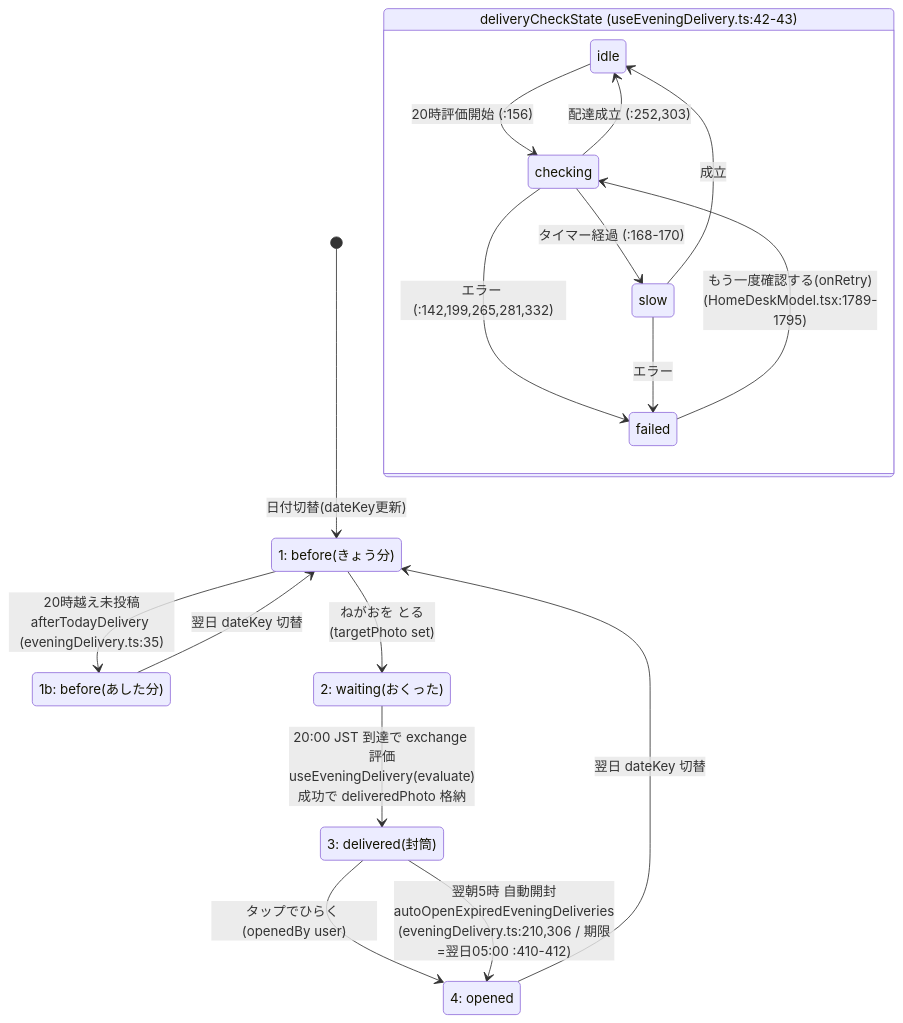
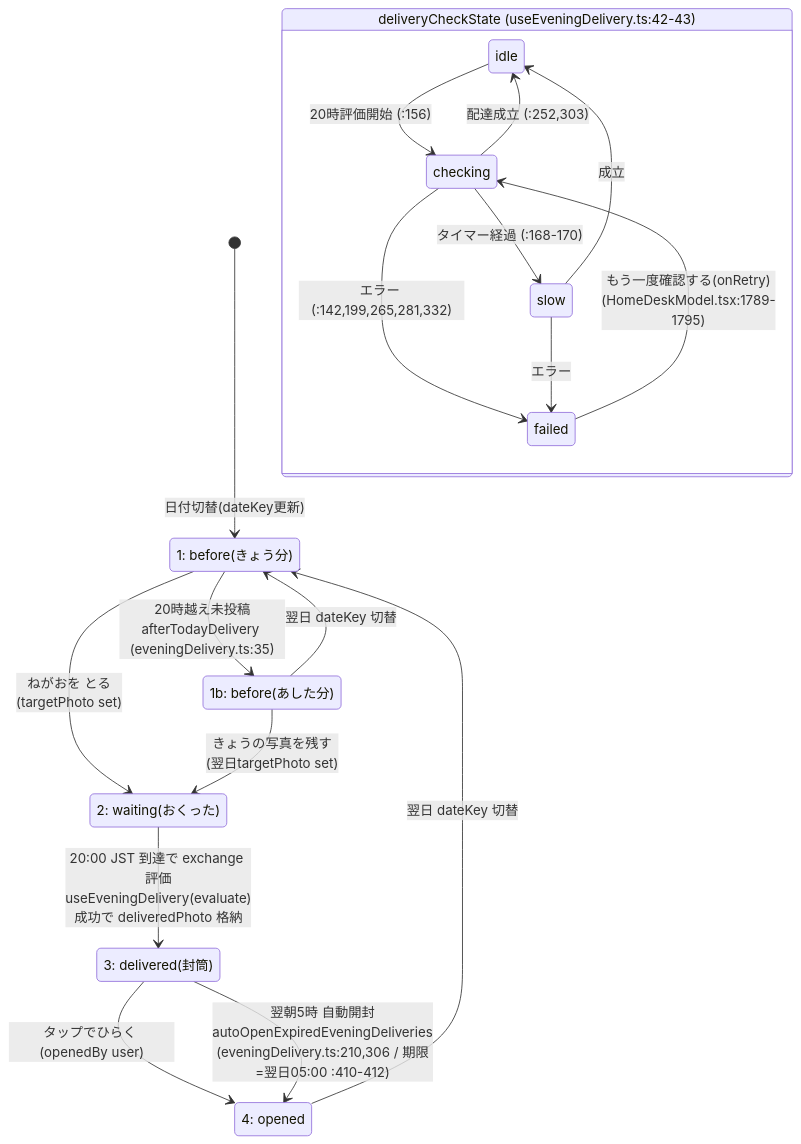
One commit to soso-so-27/nyaruhodo-web-pwa-mvp changed the third of 4 diagrams in docs/system-map/screen-flows.md. Above: the diagram before and after it, drawn with Mermaid. The commit also changed other lines of this file and 42 other files, not shown here.

````diff
--- a/docs/system-map/screen-flows.md
+++ b/docs/system-map/screen-flows.md
@@ -177,27 +180,28 @@
 ```mermaid
 stateDiagram-v2
   state "1: before(きょう分)" as S1
   state "1b: before(あした分)" as S1b
   state "2: waiting(おくった)" as S2
   state "3: delivered(封筒)" as S3
   state "4: opened" as S4
 
   [*] --> S1: 日付切替(dateKey更新)
   S1 --> S2: ねがおを とる<br/>(targetPhoto set)
   S1 --> S1b: 20時越え未投稿<br/>afterTodayDelivery (eveningDelivery.ts:35)
+  S1b --> S2: きょうの写真を残す<br/>(翌日targetPhoto set)
   S2 --> S3: 20:00 JST 到達で exchange 評価<br/>useEveningDelivery(evaluate)<br/>成功で deliveredPhoto 格納
   S3 --> S4: タップでひらく (openedBy user)
   S3 --> S4: 翌朝5時 自動開封<br/>autoOpenExpiredEveningDeliveries<br/>(eveningDelivery.ts:210,306 / 期限=翌日05:00 :410-412)
   S4 --> S1: 翌日 dateKey 切替
   S1b --> S1: 翌日 dateKey 切替
 
   state "deliveryCheckState (useEveningDelivery.ts:42-43)" as CHK {
     idle --> checking: 20時評価開始 (:156)
     checking --> slow: タイマー経過 (:168-170)
     checking --> idle: 配達成立 (:252,303)
     checking --> failed: エラー (:142,199,265,281,332)
     slow --> failed: エラー
     slow --> idle: 成立
     failed --> checking: もう一度確認する(onRetry)<br/>(HomeDeskModel.tsx:1789-1795)
   }
 ```
````
